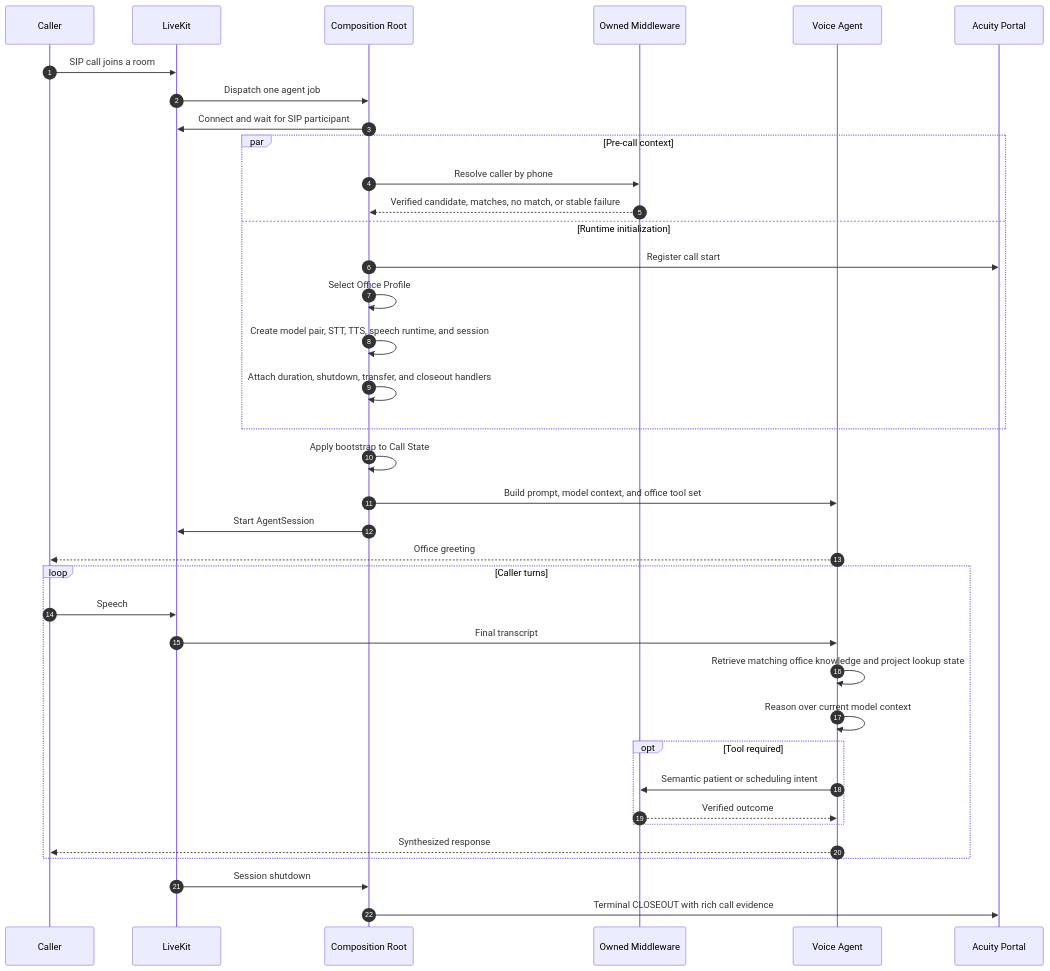
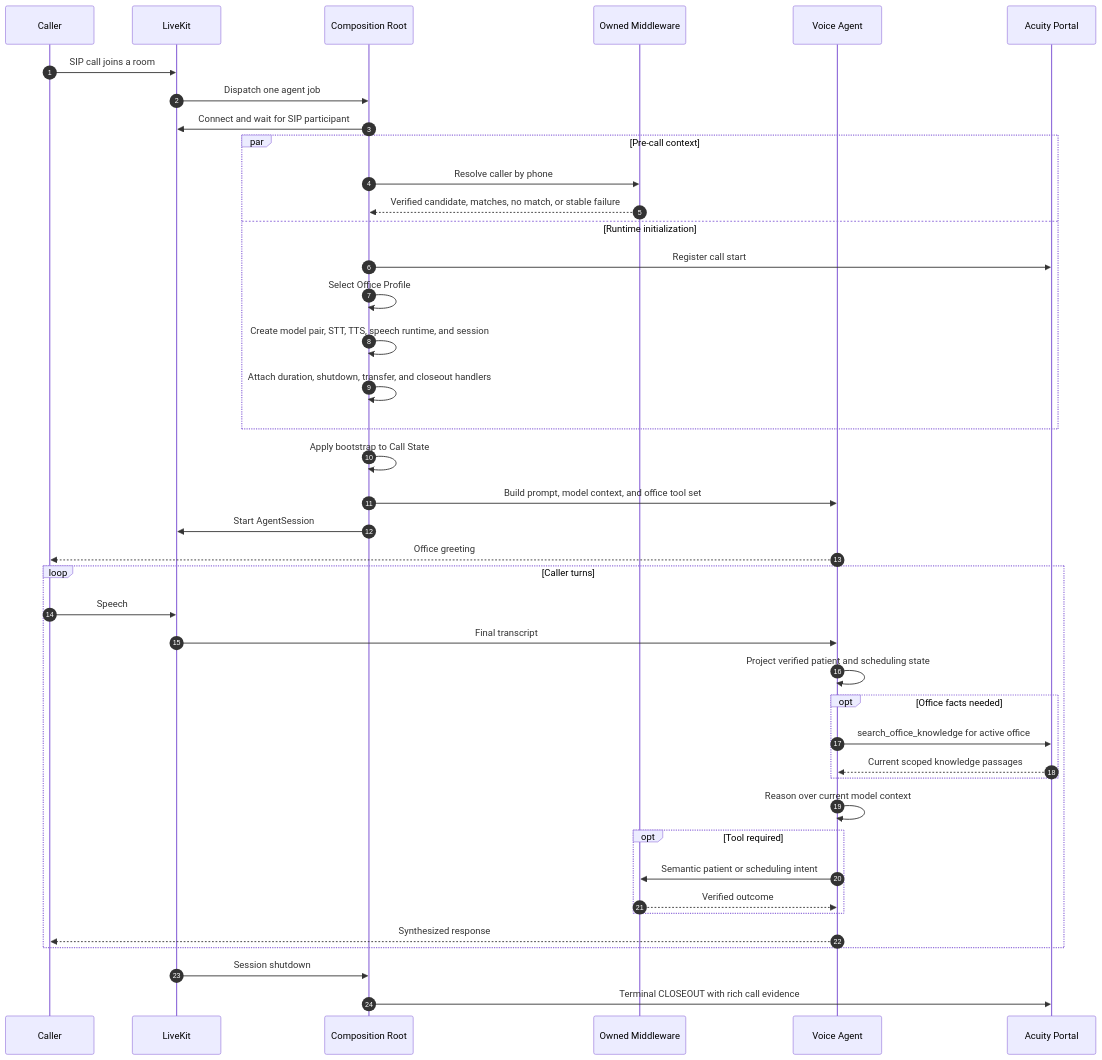
One commit to chasef07/abita_agent changed the third of 8 diagrams in README.md. Above: the diagram before and after it, drawn with Mermaid. The commit also changed other lines of this file and 61 other files, not shown here.

Commit message:
feat(knowledge): query Product for every office

````diff
--- a/README.md
+++ b/README.md
@@ -152,44 +152,48 @@
 ```mermaid
 sequenceDiagram
     autonumber
     participant C as Caller
     participant L as LiveKit
     participant R as Composition Root
     participant M as Owned Middleware
     participant A as Voice Agent
     participant P as Acuity Portal
 
     C->>L: SIP call joins a room
     L->>R: Dispatch one agent job
     R->>L: Connect and wait for SIP participant
 
     par Pre-call context
         R->>M: Resolve caller by phone
         M-->>R: Verified candidate, matches, no match, or stable failure
     and Runtime initialization
         R->>P: Register call start
         R->>R: Select Office Profile
         R->>R: Create model pair, STT, TTS, speech runtime, and session
         R->>R: Attach duration, shutdown, transfer, and closeout handlers
     end
 
     R->>R: Apply bootstrap to Call State
     R->>A: Build prompt, model context, and office tool set
     R->>L: Start AgentSession
     A-->>C: Office greeting
 
     loop Caller turns
         C->>L: Speech
         L->>A: Final transcript
-        A->>A: Retrieve matching office knowledge and project lookup state
+        A->>A: Project verified patient and scheduling state
+        opt Office facts needed
+            A->>P: search_office_knowledge for active office
+            P-->>A: Current scoped knowledge passages
+        end
         A->>A: Reason over current model context
         opt Tool required
             A->>M: Semantic patient or scheduling intent
             M-->>A: Verified outcome
         end
         A-->>C: Synthesized response
     end
 
     L->>R: Session shutdown
     R->>P: Terminal CLOSEOUT with rich call evidence
 ```
````
